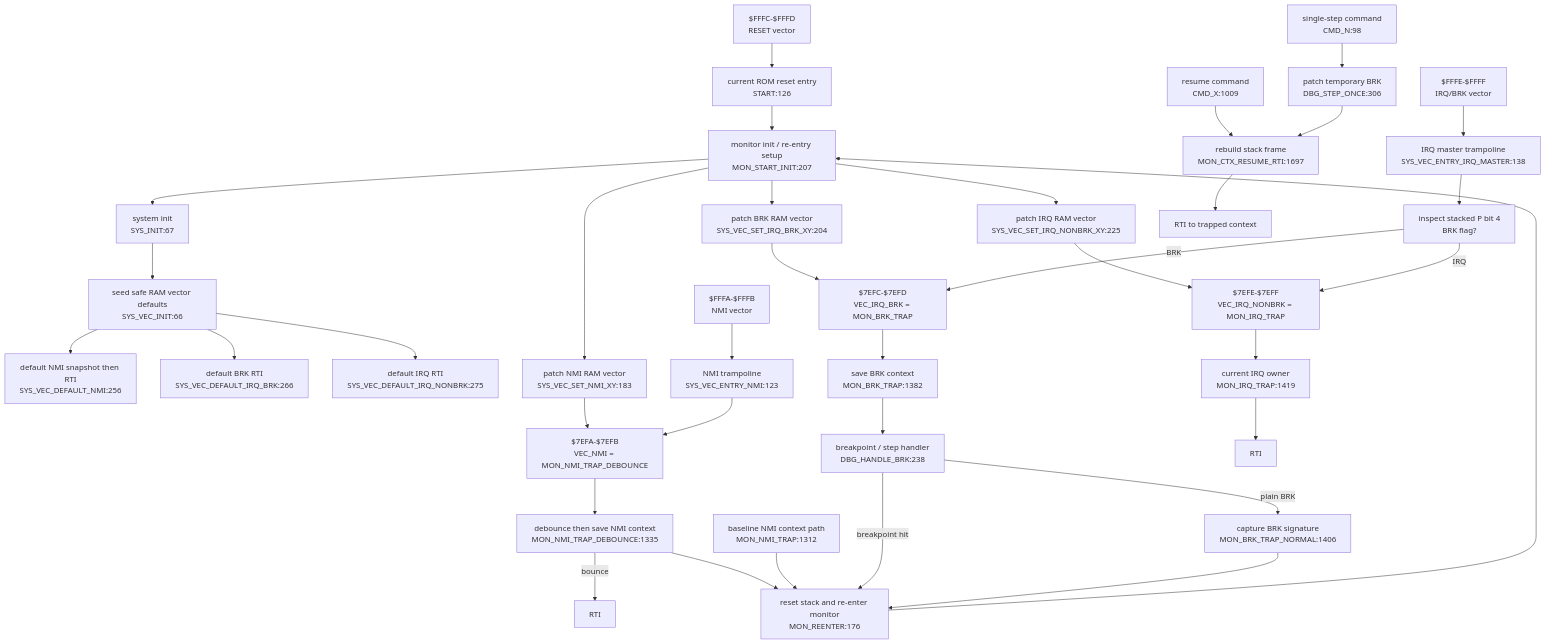
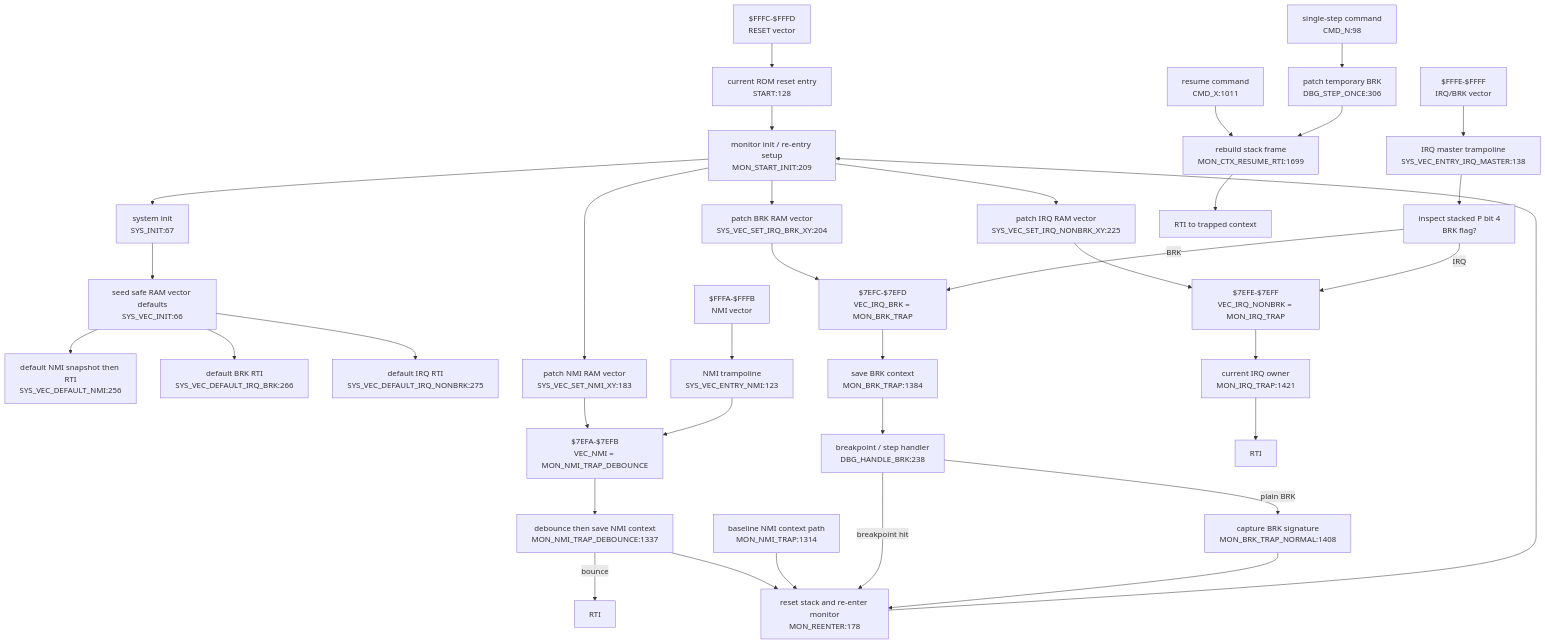
Before and after one commit to 95westus/R-YORS: the diagram in DOC/GENERATED/INTERRUPT_VECTOR_MAP.md, drawn with Mermaid. The commit also changed other lines of this file and 18 other files, not shown here.

````diff
--- a/DOC/GENERATED/INTERRUPT_VECTOR_MAP.md
+++ b/DOC/GENERATED/INTERRUPT_VECTOR_MAP.md
@@ -25,42 +25,42 @@
 ```mermaid
 flowchart TD
-    RESETV["$FFFC-$FFFD<br/>RESET vector"] --> STARTN["current ROM reset entry<br/>START:126"]
-    STARTN --> INIT["monitor init / re-entry setup<br/>MON_START_INIT:207"]
+    RESETV["$FFFC-$FFFD<br/>RESET vector"] --> STARTN["current ROM reset entry<br/>START:128"]
+    STARTN --> INIT["monitor init / re-entry setup<br/>MON_START_INIT:209"]
     INIT --> SYSINIT["system init<br/>SYS_INIT:67"]
     SYSINIT --> VECINIT["seed safe RAM vector defaults<br/>SYS_VEC_INIT:66"]
     VECINIT --> DEFNMI["default NMI snapshot then RTI<br/>SYS_VEC_DEFAULT_NMI:256"]
     VECINIT --> DEFBRK["default BRK RTI<br/>SYS_VEC_DEFAULT_IRQ_BRK:266"]
     VECINIT --> DEFIRQ["default IRQ RTI<br/>SYS_VEC_DEFAULT_IRQ_NONBRK:275"]
 
     INIT --> SETNMI["patch NMI RAM vector<br/>SYS_VEC_SET_NMI_XY:183"]
     INIT --> SETBRK["patch BRK RAM vector<br/>SYS_VEC_SET_IRQ_BRK_XY:204"]
     INIT --> SETIRQ["patch IRQ RAM vector<br/>SYS_VEC_SET_IRQ_NONBRK_XY:225"]
     SETNMI --> VECNMI["$7EFA-$7EFB<br/>VEC_NMI = MON_NMI_TRAP_DEBOUNCE"]
     SETBRK --> VECBRK["$7EFC-$7EFD<br/>VEC_IRQ_BRK = MON_BRK_TRAP"]
     SETIRQ --> VECIRQ["$7EFE-$7EFF<br/>VEC_IRQ_NONBRK = MON_IRQ_TRAP"]
 
     NMIV["$FFFA-$FFFB<br/>NMI vector"] --> NMIENTRY["NMI trampoline<br/>SYS_VEC_ENTRY_NMI:123"]
     NMIENTRY --> VECNMI
-    VECNMI --> NMITRAP["debounce then save NMI context<br/>MON_NMI_TRAP_DEBOUNCE:1335"]
+    VECNMI --> NMITRAP["debounce then save NMI context<br/>MON_NMI_TRAP_DEBOUNCE:1337"]
     NMITRAP -->|bounce| RTINMI["RTI"]
-    NMITRAP --> REENTER["reset stack and re-enter monitor<br/>MON_REENTER:176"]
-    NMIBASE["baseline NMI context path<br/>MON_NMI_TRAP:1312"] --> REENTER
+    NMITRAP --> REENTER["reset stack and re-enter monitor<br/>MON_REENTER:178"]
+    NMIBASE["baseline NMI context path<br/>MON_NMI_TRAP:1314"] --> REENTER
     REENTER --> INIT
 
     IRQV["$FFFE-$FFFF<br/>IRQ/BRK vector"] --> IRQMASTER["IRQ master trampoline<br/>SYS_VEC_ENTRY_IRQ_MASTER:138"]
     IRQMASTER --> SPLIT["inspect stacked P bit 4<br/>BRK flag?"]
     SPLIT -->|BRK| VECBRK
     SPLIT -->|IRQ| VECIRQ
-    VECBRK --> BRKTRAP["save BRK context<br/>MON_BRK_TRAP:1382"]
+    VECBRK --> BRKTRAP["save BRK context<br/>MON_BRK_TRAP:1384"]
     BRKTRAP --> DBGBRK["breakpoint / step handler<br/>DBG_HANDLE_BRK:238"]
     DBGBRK -->|breakpoint hit| REENTER
-    DBGBRK -->|plain BRK| BRKNORMAL["capture BRK signature<br/>MON_BRK_TRAP_NORMAL:1406"]
+    DBGBRK -->|plain BRK| BRKNORMAL["capture BRK signature<br/>MON_BRK_TRAP_NORMAL:1408"]
     BRKNORMAL --> REENTER
-    VECIRQ --> IRQTRAP["current IRQ owner<br/>MON_IRQ_TRAP:1419"]
+    VECIRQ --> IRQTRAP["current IRQ owner<br/>MON_IRQ_TRAP:1421"]
     IRQTRAP --> RTIIRQ["RTI"]
 
-    CMDX["resume command<br/>CMD_X:1009"] --> RESUME["rebuild stack frame<br/>MON_CTX_RESUME_RTI:1697"]
+    CMDX["resume command<br/>CMD_X:1011"] --> RESUME["rebuild stack frame<br/>MON_CTX_RESUME_RTI:1699"]
     CMDN["single-step command<br/>CMD_N:98"] --> STEP["patch temporary BRK<br/>DBG_STEP_ONCE:306"]
     STEP --> RESUME
     RESUME --> RTIRES["RTI to trapped context"]
 ```
````
